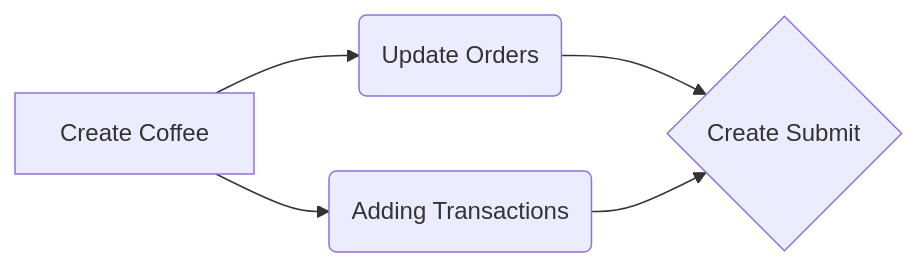
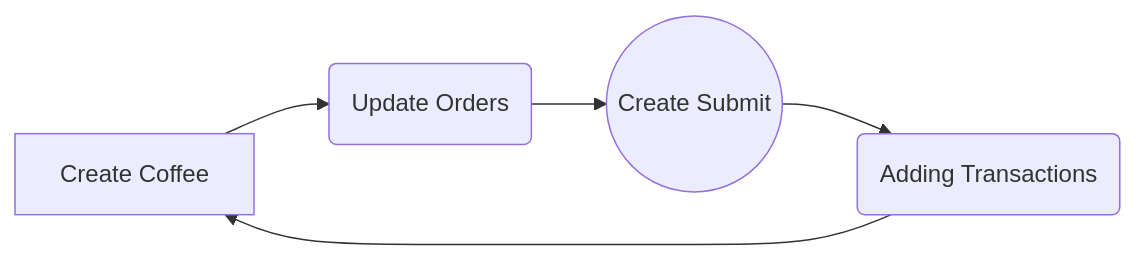
One commit to lwinmoepaing/electron_coffee changed the diagram in README.md. Above: the diagram before and after it, drawn with Mermaid.

Commit message:
Update: Readme.md

````diff
--- a/README.md
+++ b/README.md
@@ -20,7 +20,8 @@
 ```mermaid
 graph LR
-A[Create Coffee] --> Z(Update Orders)  --> D
-A --> C(Adding Transactions)
-D{Create Submit}
-C --> D
+A[Create Coffee]
+Z(Update Orders)
+C(Adding Transactions)
+D((Create Submit))
+A --> Z --> D --> C --> A
 ```
````
